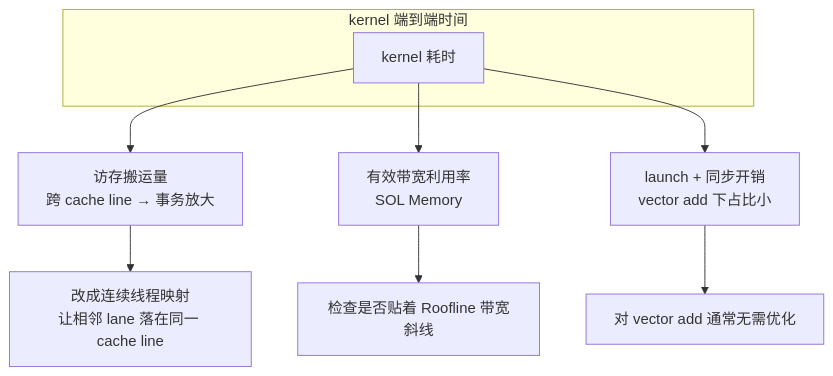
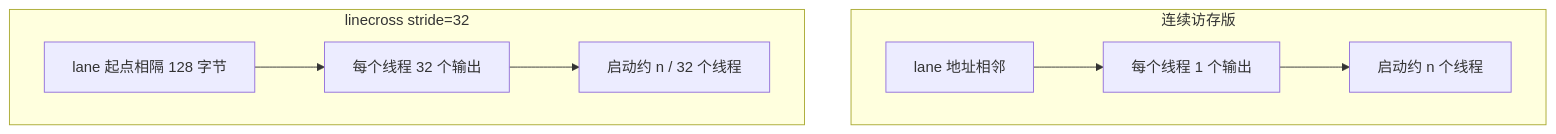
One commit to Weihong-Liu/hello-gpu changed the first of 3 diagrams in docs/part1-profiling/chapter5/index.md. Above: the diagram before and after it, drawn with Mermaid. The commit also changed other lines of this file and 14 other files, not shown here.

Commit message:
docs(part1): 简化 profiling 教程与 Roofline 图

````diff
--- a/docs/part1-profiling/chapter5/index.md
+++ b/docs/part1-profiling/chapter5/index.md
@@ -425,13 +69,12 @@
 ```mermaid
 flowchart TB
-    subgraph S1[kernel 端到端时间]
-        T[kernel 耗时]
+    subgraph A[连续访存版]
+        A1[lane 地址相邻] --> A2[每个线程 1 个输出]
+        A2 --> A3[启动约 n 个线程]
     end
-    T --> A[访存搬运量<br/>跨 cache line → 事务放大]
-    T --> B[有效带宽利用率<br/>SOL Memory]
-    T --> C[launch + 同步开销<br/>vector add 下占比小]
 
-    A --> A1[改成连续线程映射<br/>让相邻 lane 落在同一 cache line]
-    B --> B1[检查是否贴着 Roofline 带宽斜线]
-    C --> C1[对 vector add 通常无需优化]
+    subgraph B[linecross stride=32]
+        B1[lane 起点相隔 128 字节] --> B2[每个线程 32 个输出]
+        B2 --> B3[启动约 n / 32 个线程]
+    end
 ```
````
